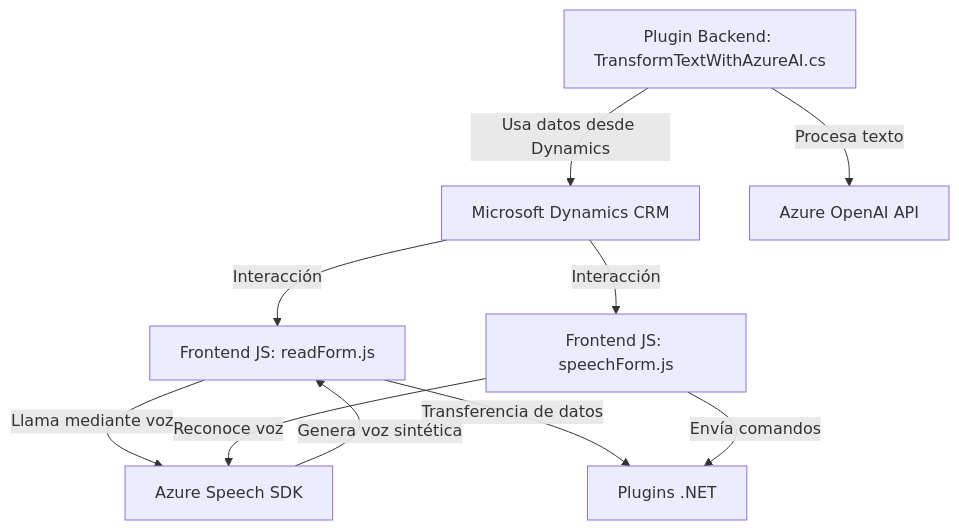
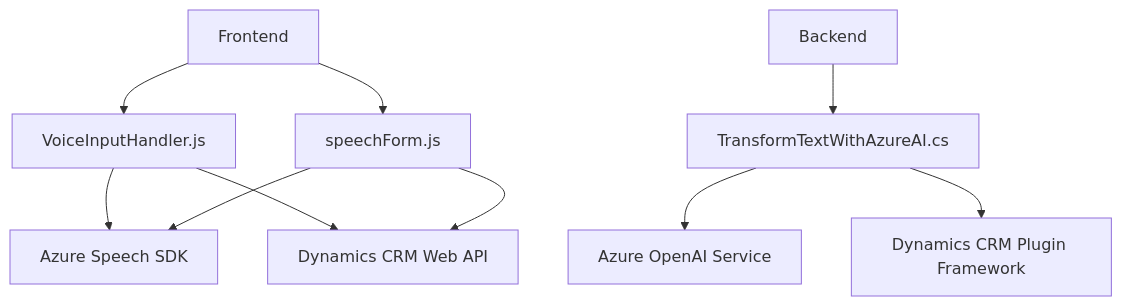
Before and after one commit to blopezdm/NETCORE_BILBAO2025: the diagram in README.md, drawn with Mermaid. The commit also changed other lines of this file, not shown here.

````diff
--- a/README.md
+++ b/README.md
@@ -44,12 +46,23 @@
 ```mermaid
 graph TD
-  A["Frontend JS: readForm.js"] -->|Llama mediante voz| B["Azure Speech SDK"]
-  A -->|Transferencia de datos| C["Plugins .NET"]
-  B -->|Genera voz sintética| A
-  D["Frontend JS: speechForm.js"] -->|Reconoce voz| B
-  D -->|Envía comandos| C
-  E["Plugin Backend: TransformTextWithAzureAI.cs"] -->|Usa datos desde Dynamics| F["Microsoft Dynamics CRM"]
-  E -->|Procesa texto| G["Azure OpenAI API"]
-  F -->|Interacción| A
-  F -->|Interacción| D
+    A["Frontend"]
+    B["VoiceInputHandler.js"]
+    C["speechForm.js"]
+    D["Azure Speech SDK"]
+    E["Dynamics CRM Web API"]
+    F["Backend"]
+    G["TransformTextWithAzureAI.cs"]
+    H["Azure OpenAI Service"]
+    I["Dynamics CRM Plugin Framework"]
+
+    A --> B
+    A --> C
+    B --> D
+    C --> D
+    B --> E
+    C --> E
+    
+    F --> G
+    G --> H
+    G --> I
 ```
````
